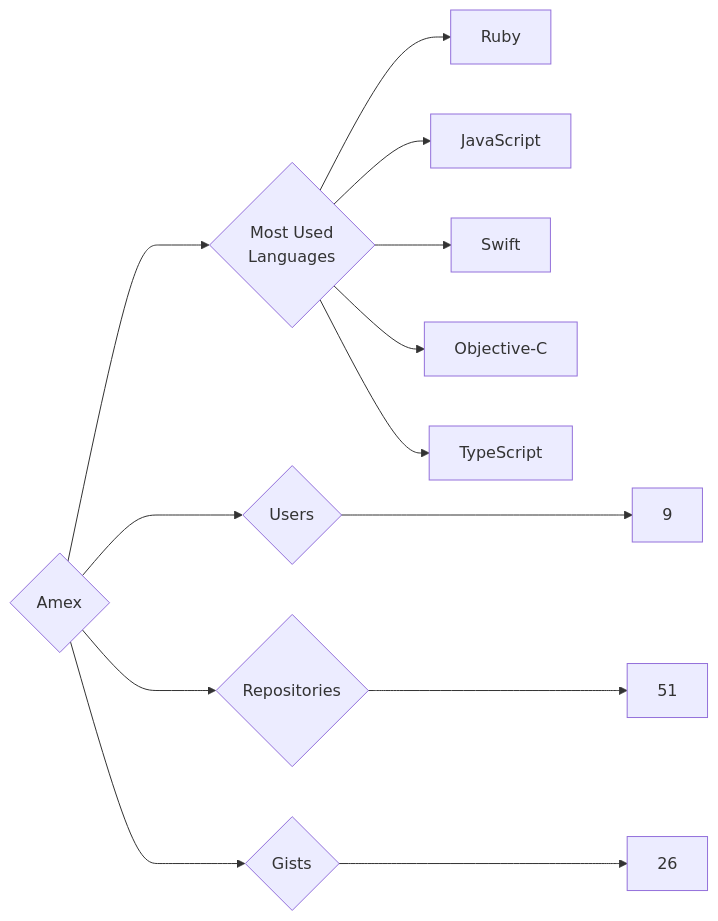
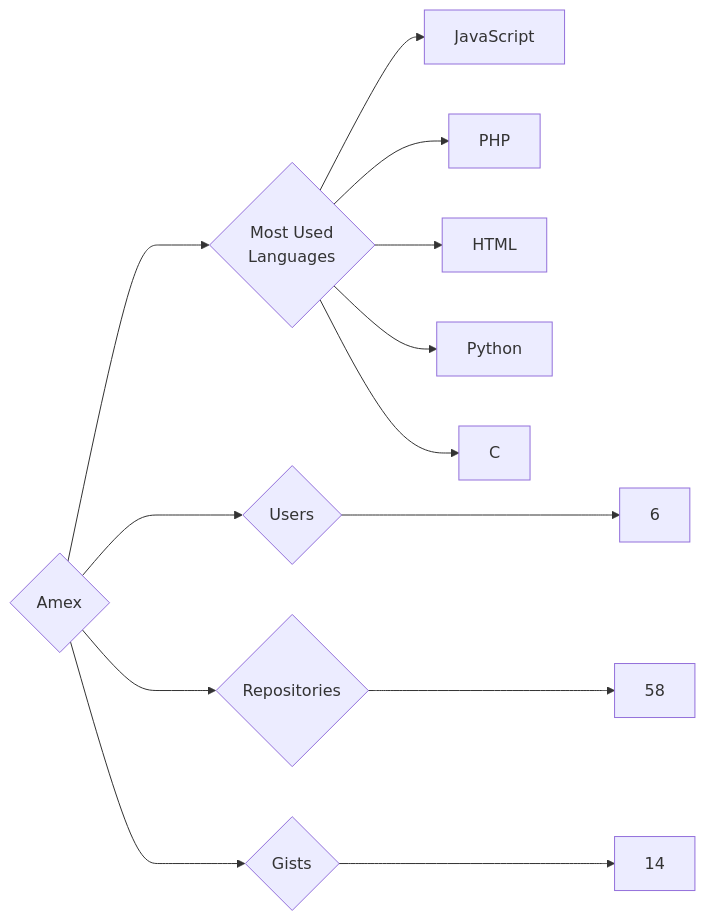
Before and after one commit to trickest/insiders: the diagram in targets/Amex/README.md, drawn with Mermaid. The commit also changed 1092 other files, not shown here.

````diff
--- a/targets/Amex/README.md
+++ b/targets/Amex/README.md
@@ -3,13 +3,13 @@
 ```mermaid
 graph LR
 COMPANY_NAME{Amex}
-COMPANY_NAME ---> U{Users} ---> UN[9]
-COMPANY_NAME ---> R{Repositories} ---> RN[51]
-COMPANY_NAME ---> G{Gists} ---> GN[26]
+COMPANY_NAME ---> U{Users} ---> UN[6]
+COMPANY_NAME ---> R{Repositories} ---> RN[58]
+COMPANY_NAME ---> G{Gists} ---> GN[14]
 COMPANY_NAME ---> ML{Most Used<br>Languages}
-ML --> Ruby[Ruby]
 ML --> JavaScript[JavaScript]
-ML --> Swift[Swift]
-ML --> Objective-C[Objective-C]
-ML --> TypeScript[TypeScript]
+ML --> PHP[PHP]
+ML --> HTML[HTML]
+ML --> Python[Python]
+ML --> C[C]
 ```
````
